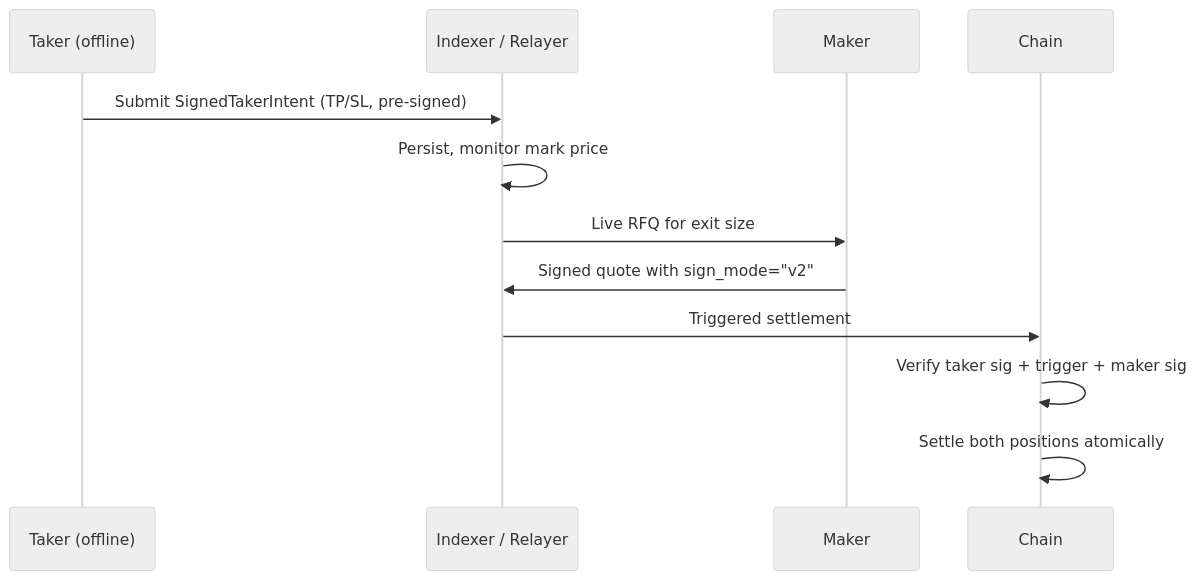
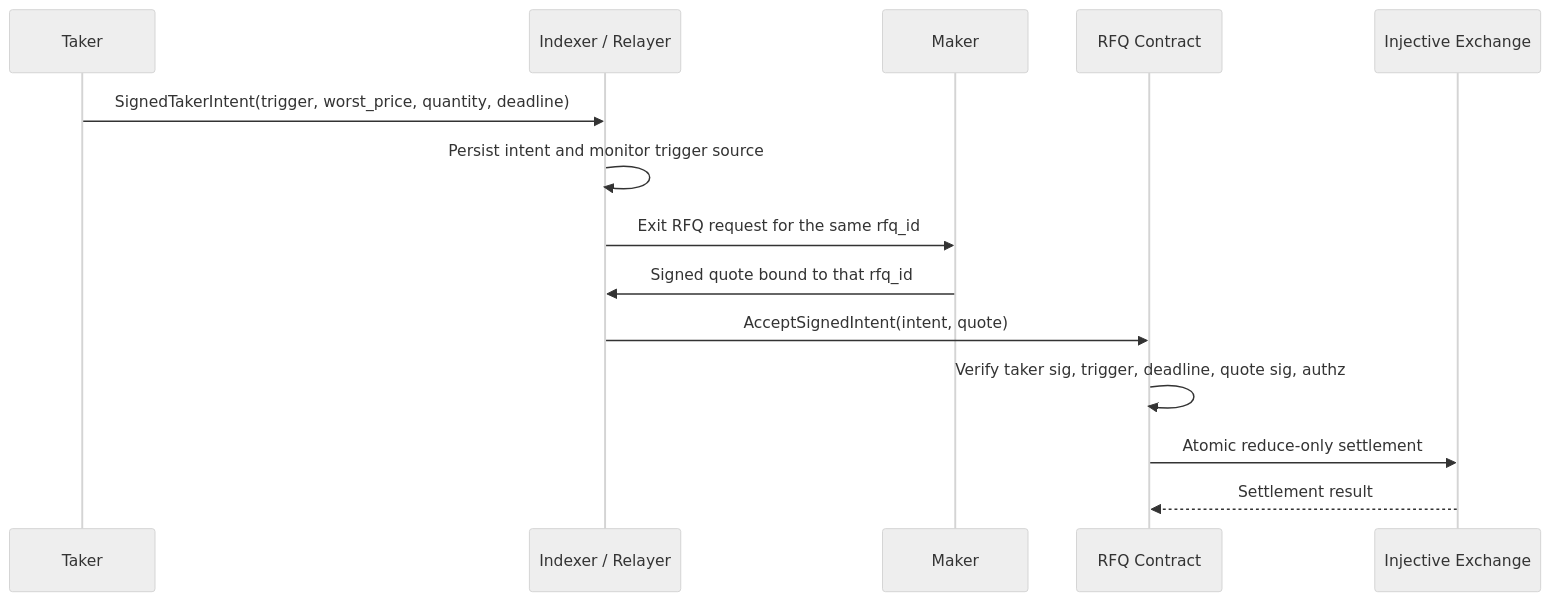
Before and after one commit to TrueCurrent/truecurrent-docs: the second of 2 diagrams in mintlify/sdk-trading/protocol-reference.md, drawn with Mermaid (neutral theme). The commit also changed other lines of this file and 4 other files, not shown here.

````diff
--- a/mintlify/sdk-trading/protocol-reference.md
+++ b/mintlify/sdk-trading/protocol-reference.md
@@ -49,17 +63,17 @@
 ```mermaid
 sequenceDiagram
-    participant Taker as Taker (offline)
-    participant IDX as Indexer / Relayer
-    participant MM as Maker
-    participant Chain as Chain
+    participant Taker
+    participant Indexer as Indexer / Relayer
+    participant Maker
+    participant Contract as RFQ Contract
+    participant Exchange as Injective Exchange
 
-    Taker->>IDX: Submit SignedTakerIntent (TP/SL, pre-signed)
-    IDX->>IDX: Persist, monitor mark price
-
-    IDX->>MM: Live RFQ for exit size
-    MM->>IDX: Signed quote with sign_mode="v2"
-
-    IDX->>Chain: Triggered settlement
-    Chain->>Chain: Verify taker sig + trigger + maker sig
-    Chain->>Chain: Settle both positions atomically
+    Taker->>Indexer: SignedTakerIntent(trigger, worst_price, quantity, deadline)
+    Indexer->>Indexer: Persist intent and monitor trigger source
+    Indexer->>Maker: Exit RFQ request for the same rfq_id
+    Maker->>Indexer: Signed quote bound to that rfq_id
+    Indexer->>Contract: AcceptSignedIntent(intent, quote)
+    Contract->>Contract: Verify taker sig, trigger, deadline, quote sig, authz
+    Contract->>Exchange: Atomic reduce-only settlement
+    Exchange-->>Contract: Settlement result
 ```
````
